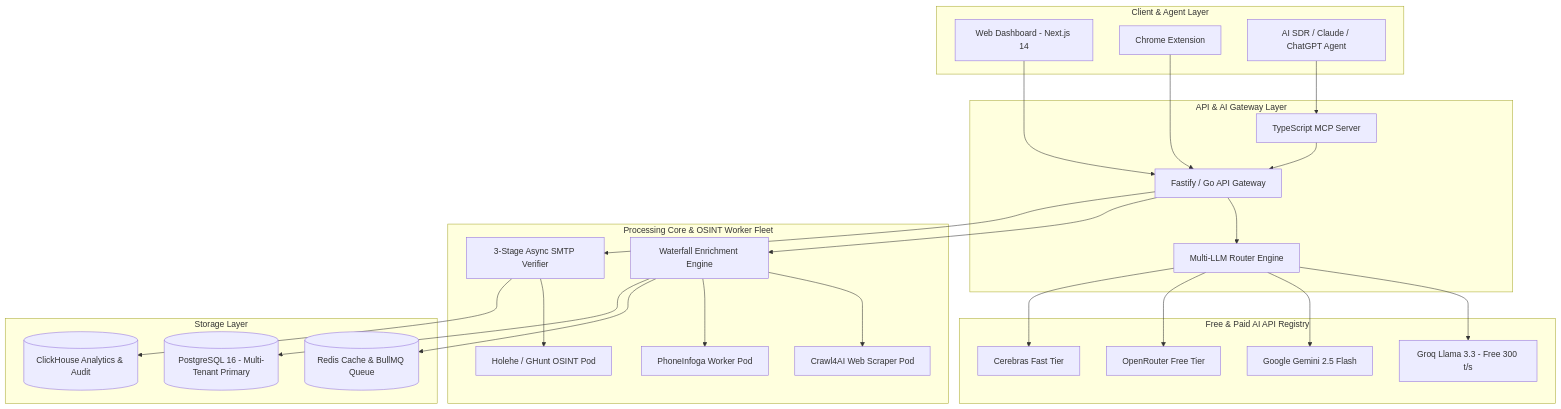
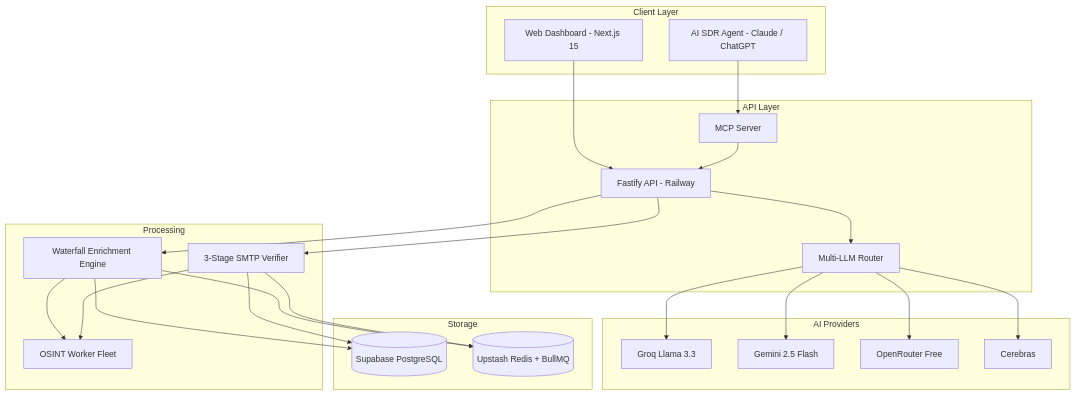
The diagram in README.md (01RG0/getleads), drawn with Mermaid before and after one commit. The commit also changed other lines of this file, not shown here.

````diff
--- a/README.md
+++ b/README.md
@@ -64,56 +125,38 @@
 ```mermaid
 graph TB
-    subgraph Client & Agent Layer
-        UI[Web Dashboard - Next.js 14]
-        EXT[Chrome Extension]
-        MCP_CLIENT[AI SDR / Claude / ChatGPT Agent]
+    subgraph Client Layer
+        UI[Web Dashboard - Next.js 15]
+        MCP_CLIENT[AI SDR Agent - Claude / ChatGPT]
     end
 
-    subgraph API & AI Gateway Layer
-        GW[Fastify / Go API Gateway]
-        AI_GW[Multi-LLM Router Engine]
-        MCP_SERVER[TypeScript MCP Server]
+    subgraph API Layer
+        GW[Fastify API - Railway]
+        AI_GW[Multi-LLM Router]
+        MCP_SERVER[MCP Server]
     end
 
-    subgraph Free & Paid AI API Registry
-        GROQ[Groq Llama 3.3 - Free 300 t/s]
-        GEMINI[Google Gemini 2.5 Flash]
-        OPENROUTER[OpenRouter Free Tier]
-        CEREBRAS[Cerebras Fast Tier]
+    subgraph AI Providers
+        GROQ[Groq Llama 3.3]
+        GEMINI[Gemini 2.5 Flash]
+        OPENROUTER[OpenRouter Free]
+        CEREBRAS[Cerebras]
     end
 
-    subgraph Processing Core & OSINT Worker Fleet
+    subgraph Processing
         WF[Waterfall Enrichment Engine]
-        VERIF[3-Stage Async SMTP Verifier]
-        CRAWL4AI[Crawl4AI Web Scraper Pod]
-        HOLEHE[Holehe / GHunt OSINT Pod]
-        PHONE[PhoneInfoga Worker Pod]
+        VERIF[3-Stage SMTP Verifier]
+        OSINT[OSINT Worker Fleet]
     end
 
-    subgraph Storage Layer
-        PG[(PostgreSQL 16 - Multi-Tenant Primary)]
-        CH[(ClickHouse Analytics & Audit)]
-        REDIS[(Redis Cache & BullMQ Queue)]
+    subgraph Storage
+        PG[(Supabase PostgreSQL)]
+        REDIS[(Upstash Redis + BullMQ)]
     end
 
     UI --> GW
-    EXT --> GW
-    MCP_CLIENT --> MCP_SERVER
-    MCP_SERVER --> GW
-
-    GW --> AI_GW
-    AI_GW --> GROQ
-    AI_GW --> GEMINI
-    AI_GW --> OPENROUTER
-    AI_GW --> CEREBRAS
-
-    GW --> WF
-    GW --> VERIF
-    WF --> CRAWL4AI
-    VERIF --> HOLEHE
-    WF --> PHONE
-
-    WF --> REDIS
-    WF --> PG
-    VERIF --> CH
+    MCP_CLIENT --> MCP_SERVER --> GW
+    GW --> AI_GW --> GROQ & GEMINI & OPENROUTER & CEREBRAS
+    GW --> WF & VERIF
+    WF & VERIF --> OSINT
+    WF & VERIF --> PG & REDIS
 ```
````
